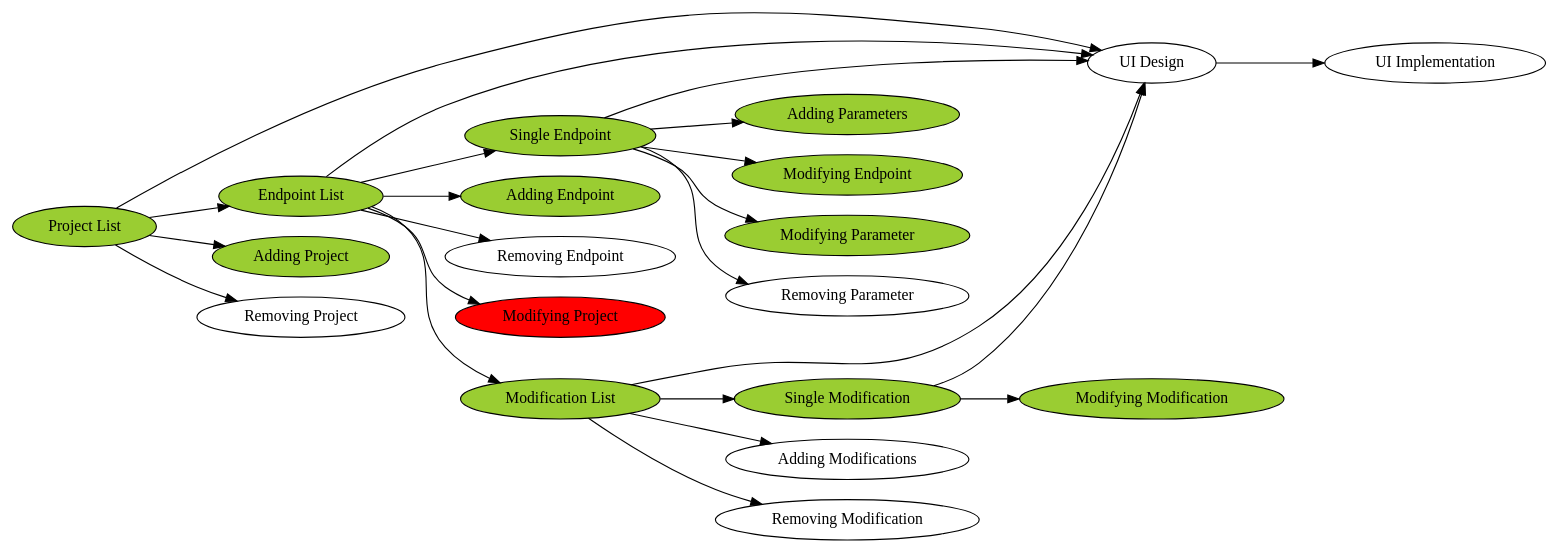
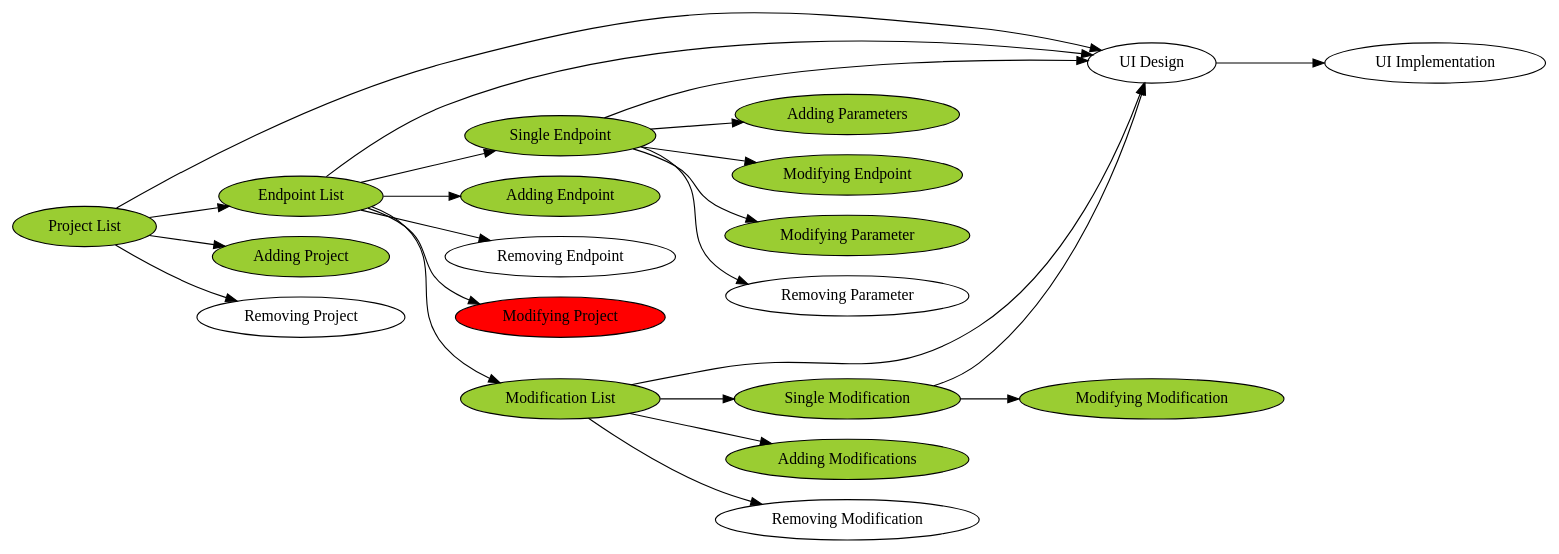
Before and after one commit to jaccek/endpoint-mock: the diagram in doc/tasks.dot, drawn with Graphviz. The commit also changed 4 other files, not shown here.

Commit message:
Adding modifications

```diff
--- a/doc/tasks.dot
+++ b/doc/tasks.dot
@@ -1,61 +1,61 @@
 digraph {
     //layout = circo;
     //mindist = .5;
     rankdir=LR;
 
     disp_project_list -> ui_design;
     disp_project_list -> disp_endpoint_list;
     disp_project_list -> adding_project;
     disp_project_list -> removing_project;
 
     disp_endpoint_list -> ui_design;
     disp_endpoint_list -> disp_single_endpoint;
     disp_endpoint_list -> adding_endpoint;
     disp_endpoint_list -> removing_endpoint;
     disp_endpoint_list -> modifying_project;
     disp_endpoint_list -> disp_modification_list;
 
     disp_single_endpoint -> ui_design;
     disp_single_endpoint -> adding_parameter;
     disp_single_endpoint -> modifying_endpoint;
     disp_single_endpoint -> modifying_parameter;
     disp_single_endpoint -> removing_parameter;
 
     disp_modification_list -> ui_design;
     disp_modification_list -> disp_single_modification;
     disp_modification_list -> adding_modification;
     disp_modification_list -> removing_modification;
 
     disp_single_modification -> ui_design;
     disp_single_modification -> modifying_modification;
 
     ui_design -> ui_implementation;
 
 
 
 
     disp_project_list           [label="Project List", style="filled", fillcolor="yellowgreen"];
     disp_endpoint_list          [label="Endpoint List", style="filled", fillcolor="yellowgreen"];
     disp_modification_list      [label="Modification List", style="filled", fillcolor="yellowgreen"];
 
     disp_single_endpoint        [label="Single Endpoint", style="filled", fillcolor="yellowgreen"];
     disp_single_modification    [label="Single Modification", style="filled", fillcolor="yellowgreen"];
 
     ui_implementation   [label="UI Implementation"];
     ui_design           [label="UI Design"];
 
     adding_project          [label="Adding Project", style="filled", fillcolor="yellowgreen"];
     adding_endpoint         [label="Adding Endpoint", style="filled", fillcolor="yellowgreen"];
     adding_parameter        [label="Adding Parameters", style="filled", fillcolor="yellowgreen"];
-    adding_modification     [label="Adding Modifications"];
+    adding_modification     [label="Adding Modifications", style="filled", fillcolor="yellowgreen"];
 
     modifying_project       [label="Modifying Project", style="filled", fillcolor="red"];
     modifying_endpoint      [label="Modifying Endpoint", style="filled", fillcolor="yellowgreen"];
     modifying_parameter     [label="Modifying Parameter", style="filled", fillcolor="yellowgreen"];
     modifying_modification  [label="Modifying Modification", style="filled", fillcolor="yellowgreen"];
 
     removing_project        [label="Removing Project"];
     removing_endpoint       [label="Removing Endpoint"];
     removing_parameter      [label="Removing Parameter"];
     removing_modification   [label="Removing Modification"];
 }
```
